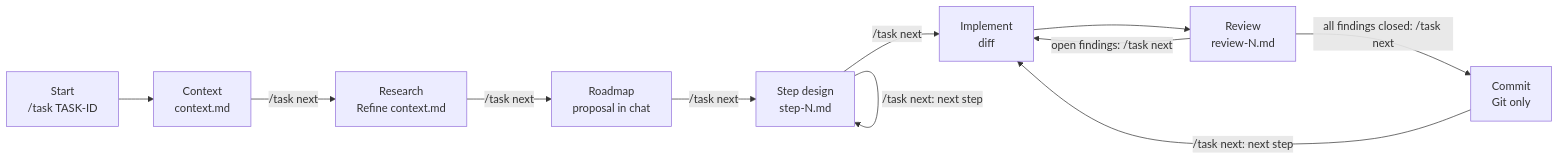
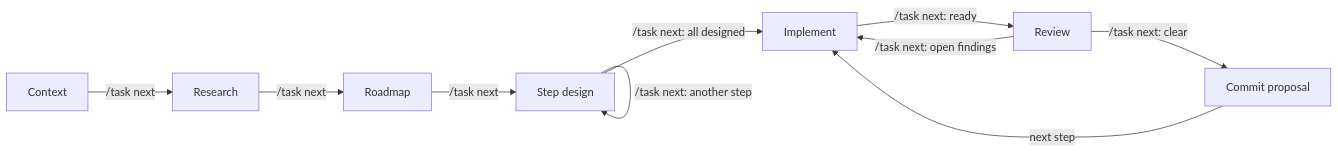
The diagram in .pi/agent/extensions/task/README.md (vladimir-popov/dotfiles), drawn with Mermaid before and after one commit. The commit also changed other lines of this file and 4 other files, not shown here.

````diff
--- a/.pi/agent/extensions/task/README.md
+++ b/.pi/agent/extensions/task/README.md
@@ -9,13 +9,12 @@
 ```mermaid
 flowchart LR
-    A["Start<br/>/task TASK-ID"] --> B["Context<br/>context.md"]
-    B -->|/task next| C["Research<br/>Refine context.md"]
-    C -->|/task next| D["Roadmap<br/>proposal in chat"]
-    D -->|/task next| E["Step design<br/>step-N.md"]
-    E -->|/task next: next step| E
-    E -->|/task next| F["Implement<br/>diff"]
-    F --> G["Review<br/>review-N.md"]
-    G -->|open findings: /task next| F
-    G -->|all findings closed: /task next| H["Commit<br/>Git only"]
-    H -->|/task next: next step| F
+    A["Context"] -->|/task next| B["Research"]
+    B -->|/task next| C["Roadmap"]
+    C -->|/task next| D["Step design"]
+    D -->|/task next: another step| D
+    D -->|/task next: all designed| E["Implement"]
+    E -->|/task next: ready| F["Review"]
+    F -->|/task next: open findings| E
+    F -->|/task next: clear| G["Commit proposal"]
+    G -->|next step| E
 ```
````
